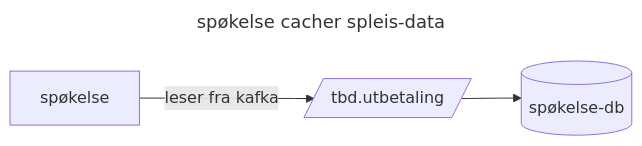
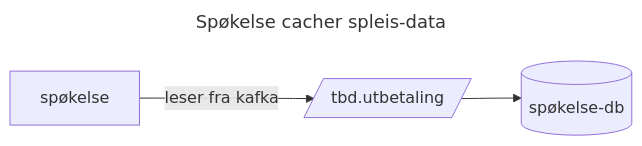
The second of 4 diagrams in README.md (navikt/helse-spapi), drawn with Mermaid before and after one commit. The commit also changed other lines of this file, not shown here.

Commit message:
Burde spesifisere _fo_-afp, siden det antagelig kommer til å komme andre afp'er.

````diff
--- a/README.md
+++ b/README.md
@@ -19,7 +19,7 @@
 ```mermaid
 ---
-title: spøkelse cacher spleis-data
+title: Spøkelse cacher spleis-data
 ---
 flowchart LR
     spøkelse -->|leser fra kafka| kafka[/tbd.utbetaling/] --> database[(spøkelse-db)]
 ```
````
